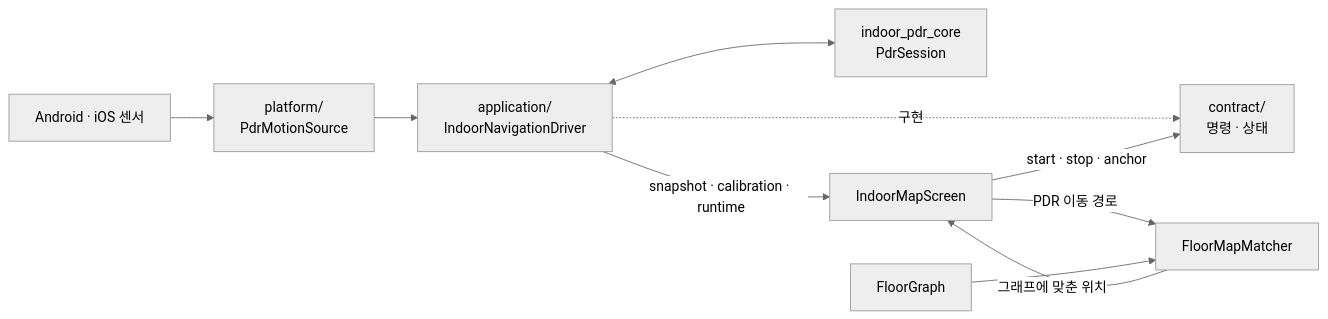
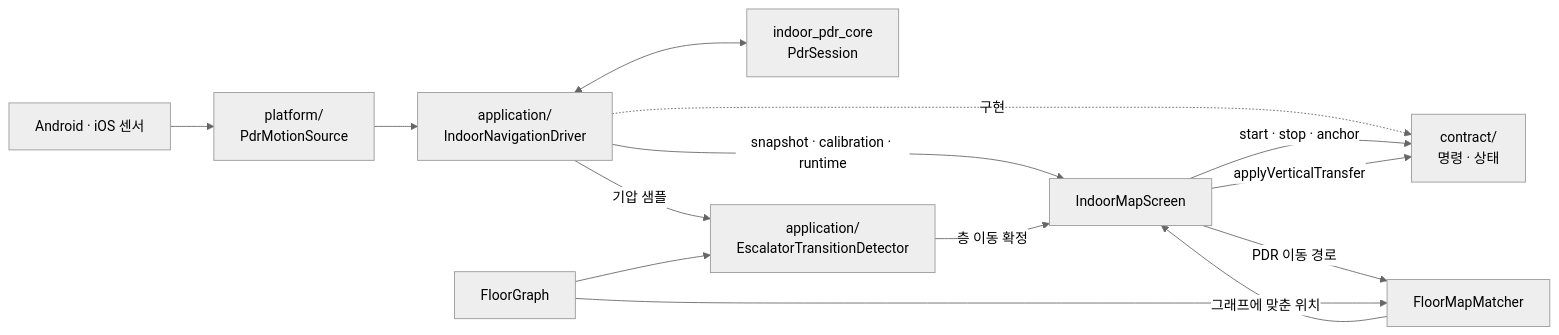
One commit to Routex-labs/Navigation changed the diagram in client/lib/features/indoor_navigation/README.md. Above: the diagram before and after it, drawn with Mermaid (neutral theme). The commit also changed other lines of this file and 15 other files, not shown here.

````diff
--- a/client/lib/features/indoor_navigation/README.md
+++ b/client/lib/features/indoor_navigation/README.md
@@ -18,20 +18,25 @@
 ```mermaid
 flowchart LR
     SENSOR["Android · iOS 센서"]
     SOURCE["platform/<br/>PdrMotionSource"]
     DRIVER["application/<br/>IndoorNavigationDriver"]
     CORE["indoor_pdr_core<br/>PdrSession"]
     CONTRACT["contract/<br/>명령 · 상태"]
     UI["IndoorMapScreen"]
     MATCHER["FloorMapMatcher"]
     GRAPH["FloorGraph"]
+    FLOORDET["application/<br/>EscalatorTransitionDetector"]
 
     SENSOR --> SOURCE --> DRIVER
     DRIVER <--> CORE
     DRIVER -. "구현" .-> CONTRACT
     UI -->|"start · stop · anchor"| CONTRACT
     DRIVER -->|"snapshot · calibration · runtime"| UI
     UI -->|"PDR 이동 경로"| MATCHER
     GRAPH --> MATCHER
     MATCHER -->|"그래프에 맞춘 위치"| UI
+    DRIVER -->|"기압 샘플"| FLOORDET
+    GRAPH --> FLOORDET
+    FLOORDET -->|"층 이동 확정"| UI
+    UI -->|"applyVerticalTransfer"| CONTRACT
 ```
````
